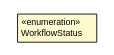
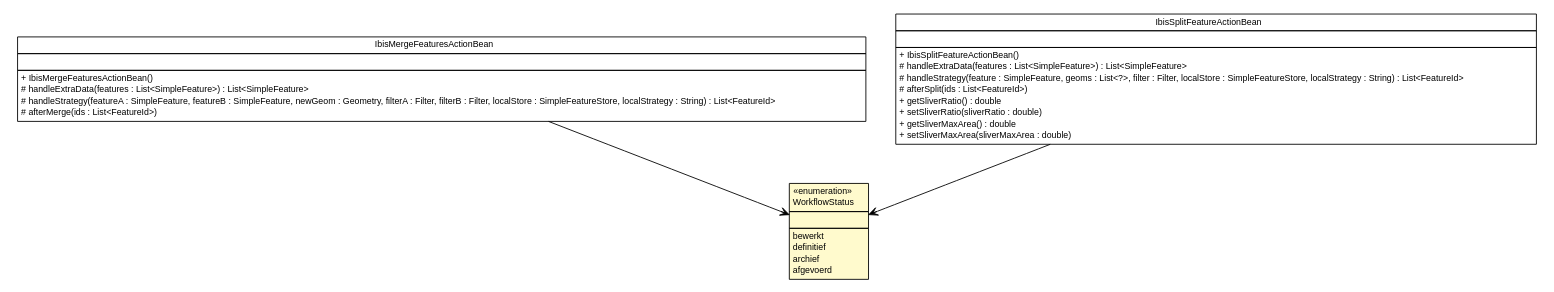
One commit to B3Partners/flamingo-ibis changed the diagram in ibis-viewer/apidocs/nl/b3p/viewer/ibis/util/WorkflowStatus.dot. Above: the diagram before and after it, drawn with Graphviz. The commit also changed 233 other files, not shown here.

```diff
--- a/ibis-viewer/apidocs/nl/b3p/viewer/ibis/util/WorkflowStatus.dot
+++ b/ibis-viewer/apidocs/nl/b3p/viewer/ibis/util/WorkflowStatus.dot
@@ -1,19 +1,66 @@
 #!/usr/local/bin/dot
 #
 # Class diagram 
 # Generated by UMLGraph version R5_6-24-gf6e263 (http://www.umlgraph.org/)
 #
 
 digraph G {
 	edge [fontname="Helvetica",fontsize=10,labelfontname="Helvetica",labelfontsize=10];
 	node [fontname="Helvetica",fontsize=10,shape=plaintext];
 	nodesep=0.25;
 	ranksep=0.5;
+	// nl.b3p.viewer.stripes.IbisMergeFeaturesActionBean
+	c285 [label=<<table title="nl.b3p.viewer.stripes.IbisMergeFeaturesActionBean" border="0" cellborder="1" cellspacing="0" cellpadding="2" port="p" href="../../stripes/IbisMergeFeaturesActionBean.html">
+		<tr><td><table border="0" cellspacing="0" cellpadding="1">
+<tr><td align="center" balign="center"> IbisMergeFeaturesActionBean </td></tr>
+		</table></td></tr>
+		<tr><td><table border="0" cellspacing="0" cellpadding="1">
+<tr><td align="left" balign="left">  </td></tr>
+		</table></td></tr>
+		<tr><td><table border="0" cellspacing="0" cellpadding="1">
+<tr><td align="left" balign="left"> + IbisMergeFeaturesActionBean() </td></tr>
+<tr><td align="left" balign="left"> # handleExtraData(features : List&lt;SimpleFeature&gt;) : List&lt;SimpleFeature&gt; </td></tr>
+<tr><td align="left" balign="left"> # handleStrategy(featureA : SimpleFeature, featureB : SimpleFeature, newGeom : Geometry, filterA : Filter, filterB : Filter, localStore : SimpleFeatureStore, localStrategy : String) : List&lt;FeatureId&gt; </td></tr>
+<tr><td align="left" balign="left"> # afterMerge(ids : List&lt;FeatureId&gt;) </td></tr>
+		</table></td></tr>
+		</table>>, URL="../../stripes/IbisMergeFeaturesActionBean.html", fontname="Helvetica", fontcolor="black", fontsize=10.0];
+	// nl.b3p.viewer.stripes.IbisSplitFeatureActionBean
+	c287 [label=<<table title="nl.b3p.viewer.stripes.IbisSplitFeatureActionBean" border="0" cellborder="1" cellspacing="0" cellpadding="2" port="p" href="../../stripes/IbisSplitFeatureActionBean.html">
+		<tr><td><table border="0" cellspacing="0" cellpadding="1">
+<tr><td align="center" balign="center"> IbisSplitFeatureActionBean </td></tr>
+		</table></td></tr>
+		<tr><td><table border="0" cellspacing="0" cellpadding="1">
+<tr><td align="left" balign="left">  </td></tr>
+		</table></td></tr>
+		<tr><td><table border="0" cellspacing="0" cellpadding="1">
+<tr><td align="left" balign="left"> + IbisSplitFeatureActionBean() </td></tr>
+<tr><td align="left" balign="left"> # handleExtraData(features : List&lt;SimpleFeature&gt;) : List&lt;SimpleFeature&gt; </td></tr>
+<tr><td align="left" balign="left"> # handleStrategy(feature : SimpleFeature, geoms : List&lt;?&gt;, filter : Filter, localStore : SimpleFeatureStore, localStrategy : String) : List&lt;FeatureId&gt; </td></tr>
+<tr><td align="left" balign="left"> # afterSplit(ids : List&lt;FeatureId&gt;) </td></tr>
+<tr><td align="left" balign="left"> + getSliverRatio() : double </td></tr>
+<tr><td align="left" balign="left"> + setSliverRatio(sliverRatio : double) </td></tr>
+<tr><td align="left" balign="left"> + getSliverMaxArea() : double </td></tr>
+<tr><td align="left" balign="left"> + setSliverMaxArea(sliverMaxArea : double) </td></tr>
+		</table></td></tr>
+		</table>>, URL="../../stripes/IbisSplitFeatureActionBean.html", fontname="Helvetica", fontcolor="black", fontsize=10.0];
 	// nl.b3p.viewer.ibis.util.WorkflowStatus
-	c250 [label=<<table title="nl.b3p.viewer.ibis.util.WorkflowStatus" border="0" cellborder="1" cellspacing="0" cellpadding="2" port="p" bgcolor="lemonChiffon" href="./WorkflowStatus.html">
+	c290 [label=<<table title="nl.b3p.viewer.ibis.util.WorkflowStatus" border="0" cellborder="1" cellspacing="0" cellpadding="2" port="p" bgcolor="lemonChiffon" href="./WorkflowStatus.html">
 		<tr><td><table border="0" cellspacing="0" cellpadding="1">
 <tr><td align="center" balign="center"> &#171;enumeration&#187; </td></tr>
 <tr><td align="center" balign="center"> WorkflowStatus </td></tr>
 		</table></td></tr>
+		<tr><td><table border="0" cellspacing="0" cellpadding="1">
+<tr><td align="left" balign="left">  </td></tr>
+		</table></td></tr>
+		<tr><td><table border="0" cellspacing="0" cellpadding="1">
+<tr><td align="left" balign="left"> bewerkt </td></tr>
+<tr><td align="left" balign="left"> definitief </td></tr>
+<tr><td align="left" balign="left"> archief </td></tr>
+<tr><td align="left" balign="left"> afgevoerd </td></tr>
+		</table></td></tr>
 		</table>>, URL="./WorkflowStatus.html", fontname="Helvetica", fontcolor="black", fontsize=10.0];
+	// nl.b3p.viewer.stripes.IbisMergeFeaturesActionBean NAVASSOC nl.b3p.viewer.ibis.util.WorkflowStatus
+	c285:p -> c290:p [taillabel="", label="", headlabel="", fontname="Helvetica", fontcolor="black", fontsize=10.0, color="black", arrowhead=open];
+	// nl.b3p.viewer.stripes.IbisSplitFeatureActionBean NAVASSOC nl.b3p.viewer.ibis.util.WorkflowStatus
+	c287:p -> c290:p [taillabel="", label="", headlabel="", fontname="Helvetica", fontcolor="black", fontsize=10.0, color="black", arrowhead=open];
 }
```
